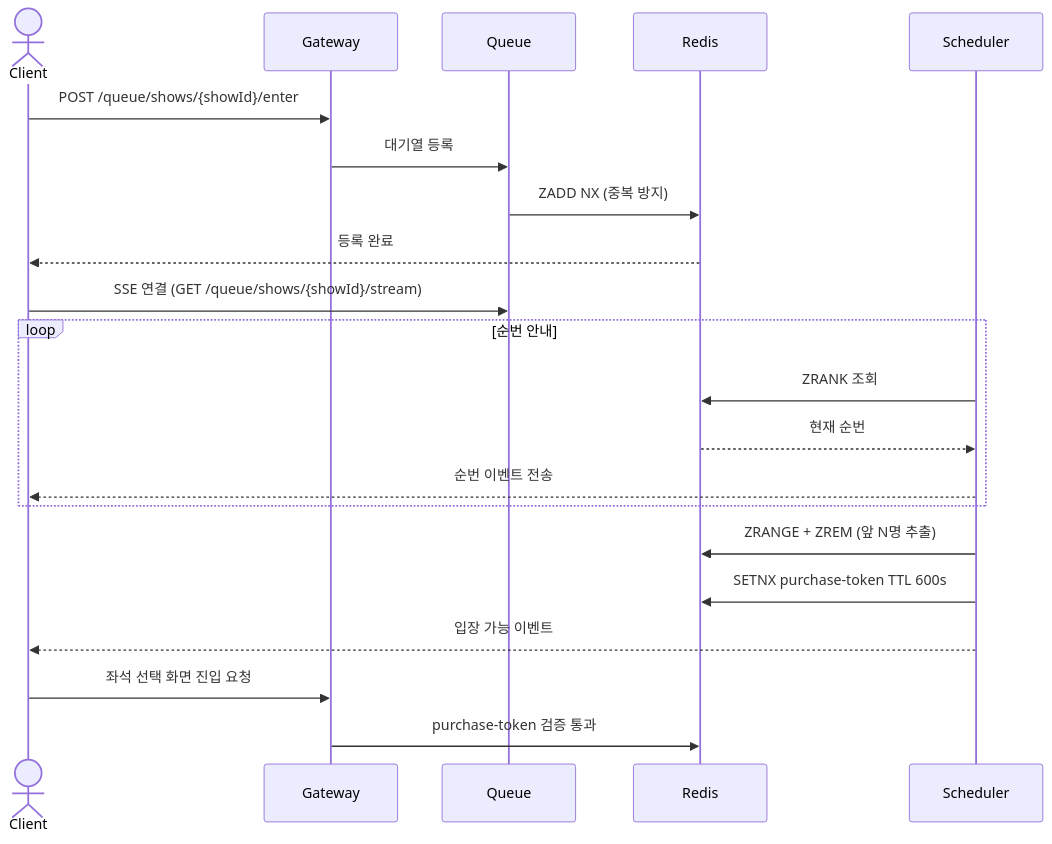
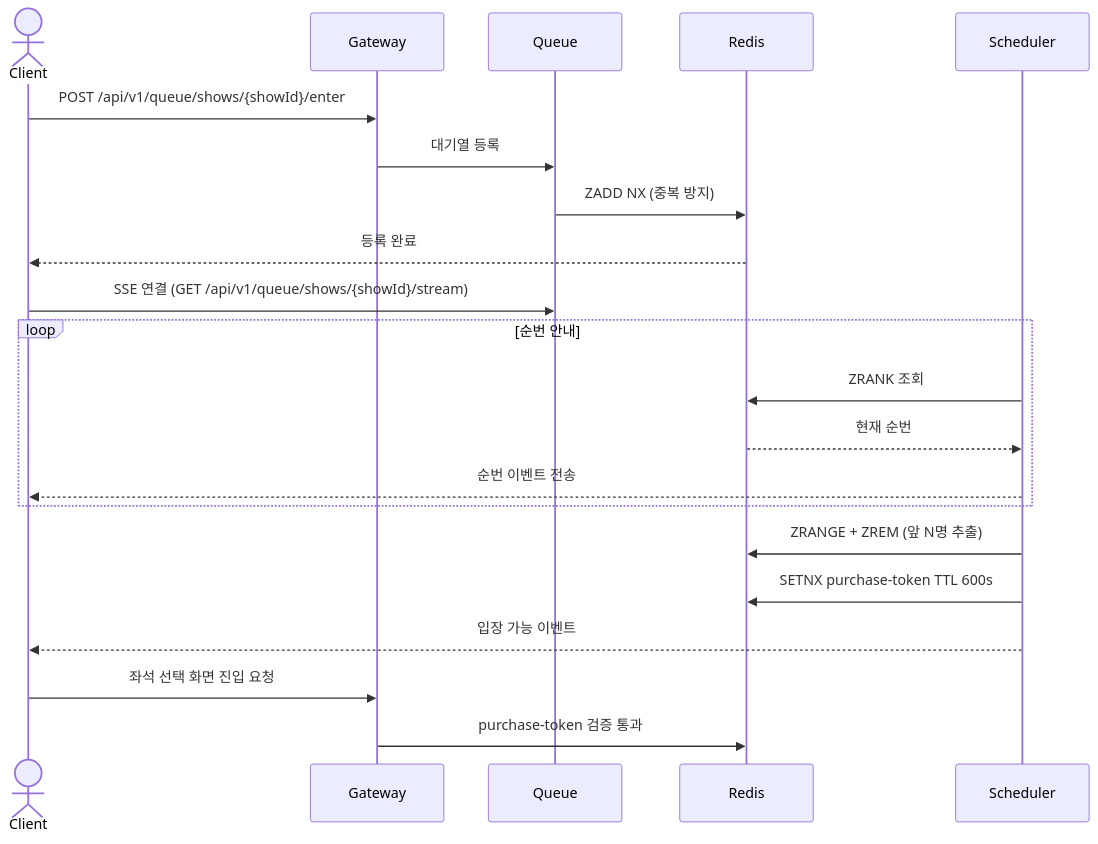
One commit to 6pm-sparta/6pm changed the second of 2 diagrams in docs/ticketing-service/ticketing-system.md. Above: the diagram before and after it, drawn with Mermaid. The commit also changed other lines of this file, not shown here.

````diff
--- a/docs/ticketing-service/ticketing-system.md
+++ b/docs/ticketing-service/ticketing-system.md
@@ -152,26 +102,26 @@
 ```mermaid
 sequenceDiagram
     actor Client
     participant Gateway
     participant Queue
     participant Redis
     participant Scheduler
 
-    Client->>Gateway: POST /queue/shows/{showId}/enter
+    Client->>Gateway: POST /api/v1/queue/shows/{showId}/enter
     Gateway->>Queue: 대기열 등록
     Queue->>Redis: ZADD NX (중복 방지)
     Redis-->>Client: 등록 완료
 
-    Client->>Queue: SSE 연결 (GET /queue/shows/{showId}/stream)
+    Client->>Queue: SSE 연결 (GET /api/v1/queue/shows/{showId}/stream)
     loop 순번 안내
         Scheduler->>Redis: ZRANK 조회
         Redis-->>Scheduler: 현재 순번
         Scheduler-->>Client: 순번 이벤트 전송
     end
 
     Scheduler->>Redis: ZRANGE + ZREM (앞 N명 추출)
     Scheduler->>Redis: SETNX purchase-token TTL 600s
     Scheduler-->>Client: 입장 가능 이벤트
     Client->>Gateway: 좌석 선택 화면 진입 요청
     Gateway->>Redis: purchase-token 검증 통과
 ```
````
